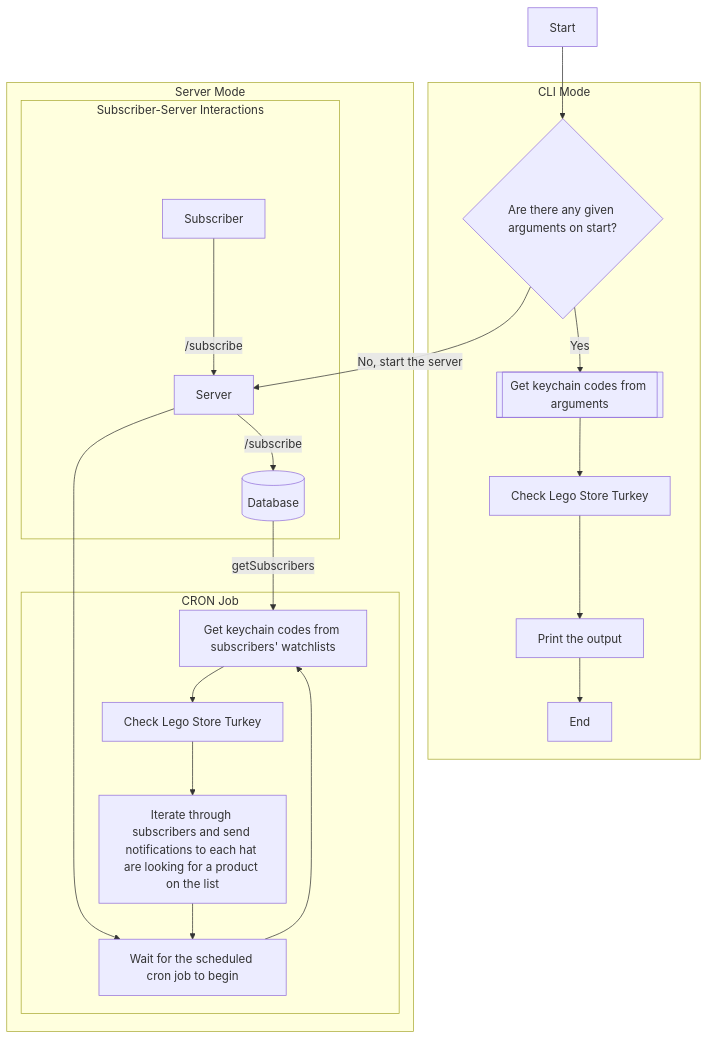
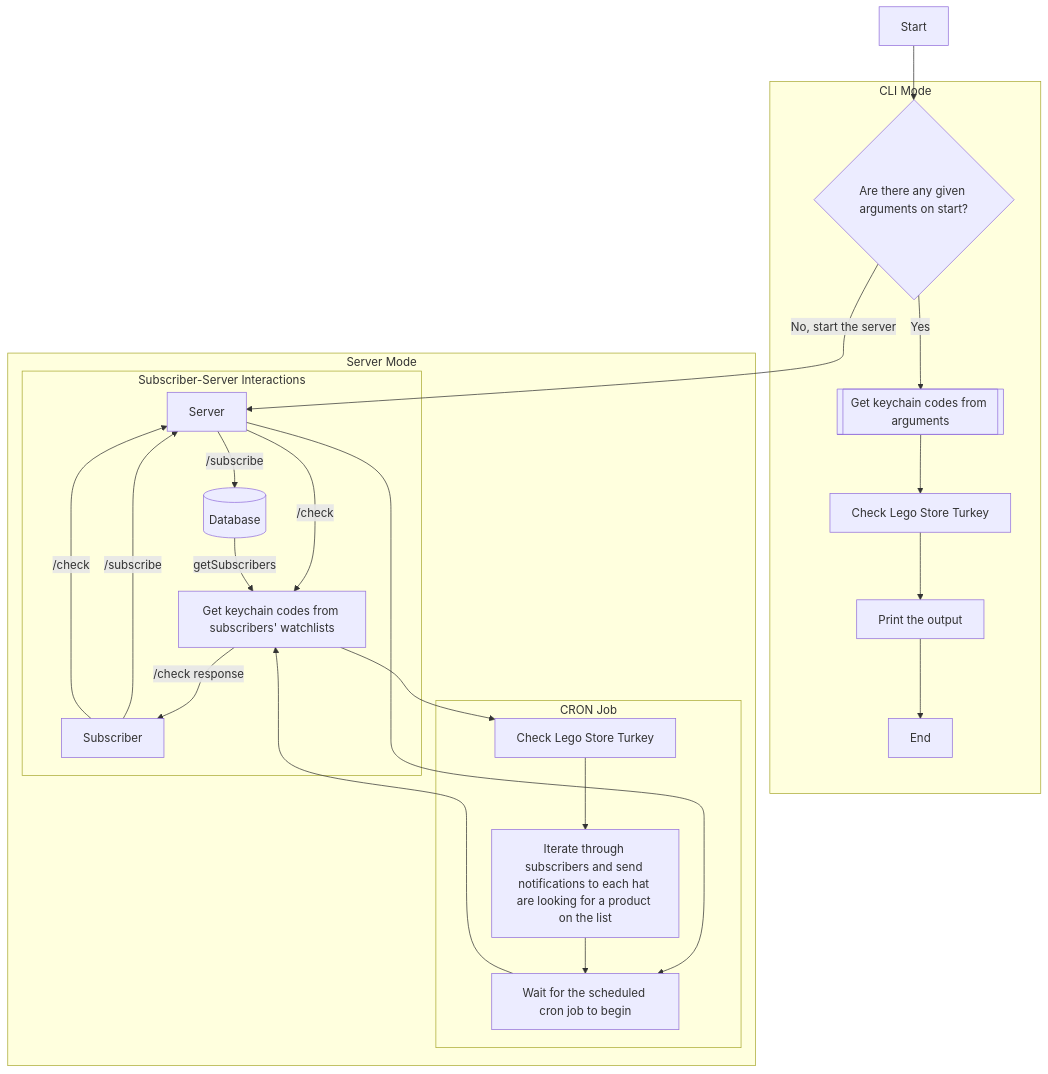
The first of 2 diagrams in readme.md (yussufbiyik/lego-store-stock-checker), drawn with Mermaid before and after one commit. The commit also changed 7 other files, not shown here.

````diff
--- a/readme.md
+++ b/readme.md
@@ -10,25 +10,28 @@
 ```mermaid
 graph TD;
     A[Start] --> B{Are there any given arguments on start?}
     subgraph CLI Mode
     B --> |Yes| C[[Get keychain codes from arguments]]
     C --> D[Check Lego Store Turkey]
     D --> L[Print the output]
     L --> M[End]
     end
     subgraph Server Mode
     B --> |No, start the server| E[Server]
     subgraph Subscriber-Server Interactions
     F[Subscriber] --> |/subscribe| E
+    F --> |/check| E
     E --> |/subscribe| I[(Database)]
+    E --> |/check| J
+    J --> |/check response| F
     end
     subgraph CRON Job
     E --> G[Wait for the scheduled cron job to begin]
     G --> J[Get keychain codes from subscribers' watchlists]
     I --> |getSubscribers| J
     J --> N[Check Lego Store Turkey]
     N --> K[Iterate through subscribers and send notifications to each hat are looking for a product on the list]
     K --> G
     end
     end
 ```
````
